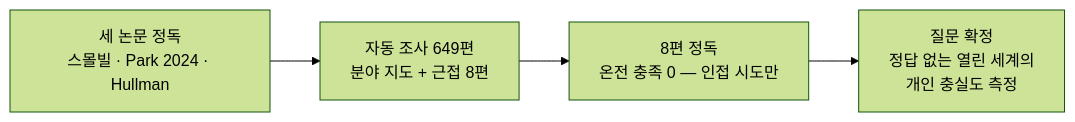
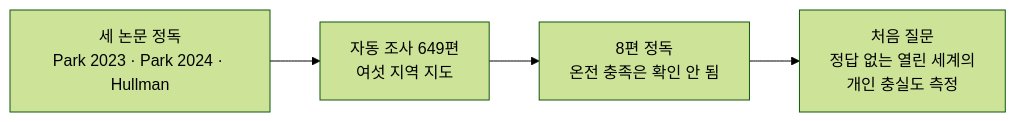
Before and after one commit to qoal1201/synthetic-society-research: the first of 2 diagrams in experiments/2026-06-29-prologue.qmd, drawn with Mermaid (forest theme). The commit also changed other lines of this file and 3 other files, not shown here.

````diff
--- a/experiments/2026-06-29-prologue.qmd
+++ b/experiments/2026-06-29-prologue.qmd
@@ -11,6 +18,6 @@
 ```{mermaid}
 flowchart LR
-    A["세 논문 정독<br/>스몰빌 · Park 2024 · Hullman"] --> B["자동 조사 649편<br/>분야 지도 + 근접 8편"]
-    B --> C["8편 정독<br/>온전 충족 0 — 인접 시도만"]
-    C --> D["질문 확정<br/>정답 없는 열린 세계의<br/>개인 충실도 측정"]
+    A["세 논문 정독<br/>Park 2023 · Park 2024 · Hullman"] --> B["자동 조사 649편<br/>여섯 지역 지도"]
+    B --> C["8편 정독<br/>온전 충족은 확인 안 됨"]
+    C --> D["처음 질문<br/>정답 없는 열린 세계의<br/>개인 충실도 측정"]
 ```
````
